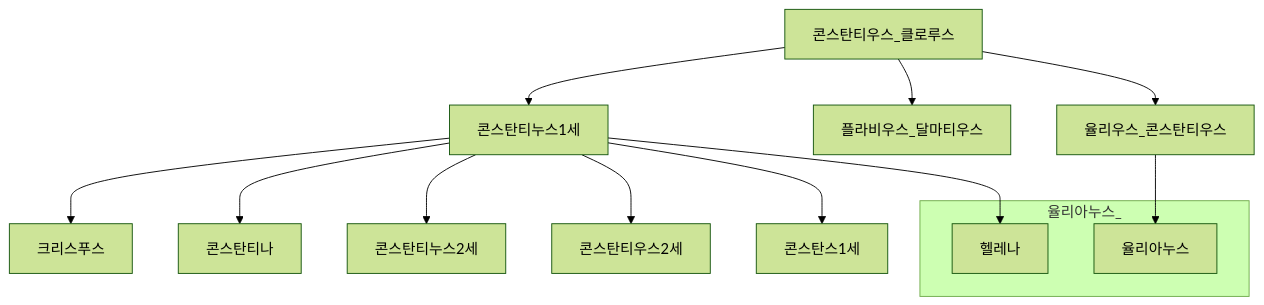
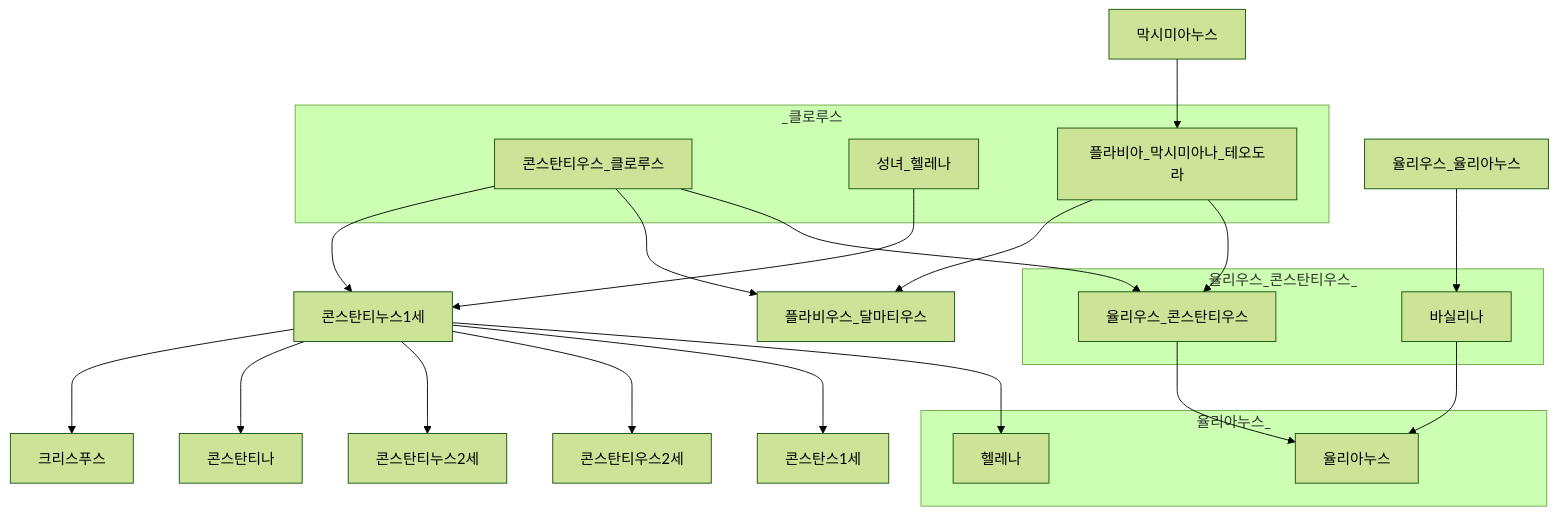
The diagram in 세계사/율리아누스중심.md (daewonyoon/historigram), drawn with Mermaid (forest theme) before and after one commit.

Commit message:
배교자 율리아누스 가계도

````diff
--- a/세계사/율리아누스중심.md
+++ b/세계사/율리아누스중심.md
@@ -1,23 +1,36 @@
 ```mermaid
 
 graph TD
 
     콘스탄티우스_클로루스 --> 콘스탄티누스1세 --> 크리스푸스
+    subgraph _클로루스
+        콘스탄티우스_클로루스
+        성녀_헬레나
+        플라비아_막시미아나_테오도라
+    end
+    막시미아누스 --> 플라비아_막시미아나_테오도라
 
-    콘스탄티누스1세 --> 콘스탄티나
+    성녀_헬레나 --> 콘스탄티누스1세 --> 콘스탄티나
     콘스탄티누스1세 --> 콘스탄티누스2세
     콘스탄티누스1세 --> 콘스탄티우스2세
     콘스탄티누스1세 --> 콘스탄스1세
     콘스탄티누스1세 --> 헬레나
 
     콘스탄티우스_클로루스 --> 플라비우스_달마티우스
     콘스탄티우스_클로루스 --> 율리우스_콘스탄티우스 --> 율리아누스
+    플라비아_막시미아나_테오도라 --> 플라비우스_달마티우스
+    플라비아_막시미아나_테오도라 --> 율리우스_콘스탄티우스 
+    율리우스_율리아누스 --> 바실리나 --> 율리아누스
 
+    subgraph 율리우스_콘스탄티우스_
+        율리우스_콘스탄티우스
+        바실리나
+    end
     subgraph 율리아누스_
         율리아누스
         헬레나
     end
 
 
 
 ```
````
